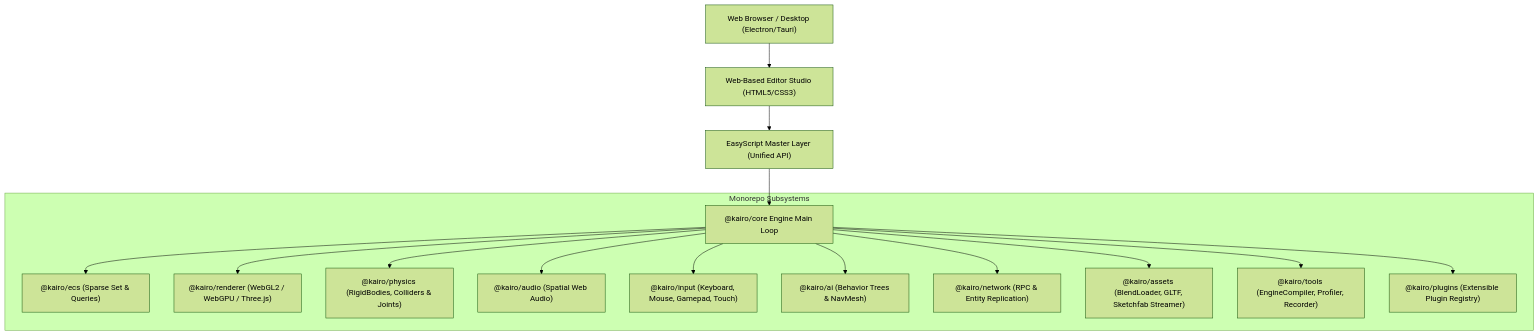
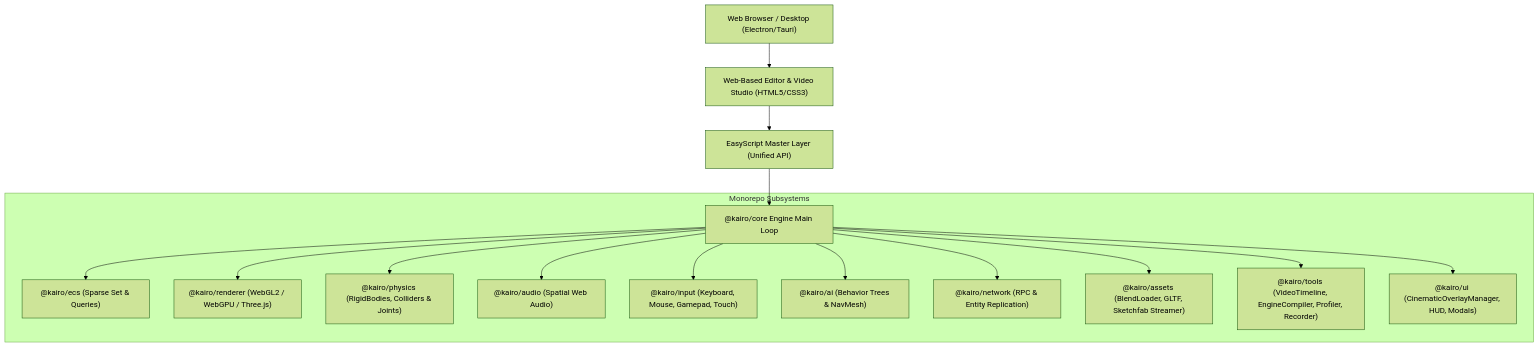
Before and after one commit to Baba01hacker666/Kairo: the diagram in docs/ARCHITECTURE.md, drawn with Mermaid (forest theme). The commit also changed other lines of this file and 17 other files, not shown here.

Commit message:
feat(core): add HTML5 Video Editing & Multitrack Sequencer Engine to Kairo core, EasyScript, and Web Studio

````diff
--- a/docs/ARCHITECTURE.md
+++ b/docs/ARCHITECTURE.md
@@ -9,19 +9,19 @@
 ```mermaid
 graph TD
-    User["Web Browser / Desktop (Electron/Tauri)"] --> EditorUI["Web-Based Editor Studio (HTML5/CSS3)"]
+    User["Web Browser / Desktop (Electron/Tauri)"] --> EditorUI["Web-Based Editor & Video Studio (HTML5/CSS3)"]
     EditorUI --> EasyScript["EasyScript Master Layer (Unified API)"]
     EasyScript --> EngineCore["@kairo/core Engine Main Loop"]
     
     subgraph Monorepo Subsystems
         EngineCore --> ECS["@kairo/ecs (Sparse Set & Queries)"]
         EngineCore --> Renderer["@kairo/renderer (WebGL2 / WebGPU / Three.js)"]
         EngineCore --> Physics["@kairo/physics (RigidBodies, Colliders & Joints)"]
         EngineCore --> Audio["@kairo/audio (Spatial Web Audio)"]
         EngineCore --> Input["@kairo/input (Keyboard, Mouse, Gamepad, Touch)"]
         EngineCore --> AI["@kairo/ai (Behavior Trees & NavMesh)"]
         EngineCore --> Network["@kairo/network (RPC & Entity Replication)"]
         EngineCore --> Assets["@kairo/assets (BlendLoader, GLTF, Sketchfab Streamer)"]
-        EngineCore --> Tools["@kairo/tools (EngineCompiler, Profiler, Recorder)"]
-        EngineCore --> Plugins["@kairo/plugins (Extensible Plugin Registry)"]
+        EngineCore --> Tools["@kairo/tools (VideoTimeline, EngineCompiler, Profiler, Recorder)"]
+        EngineCore --> UI["@kairo/ui (CinematicOverlayManager, HUD, Modals)"]
     end
 ```
````
